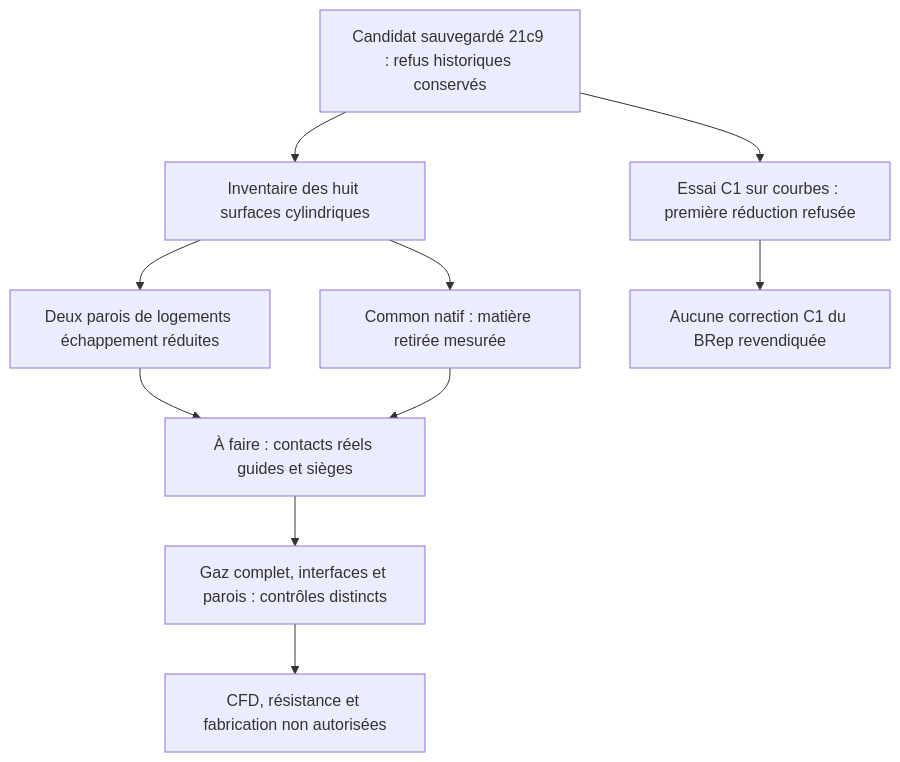
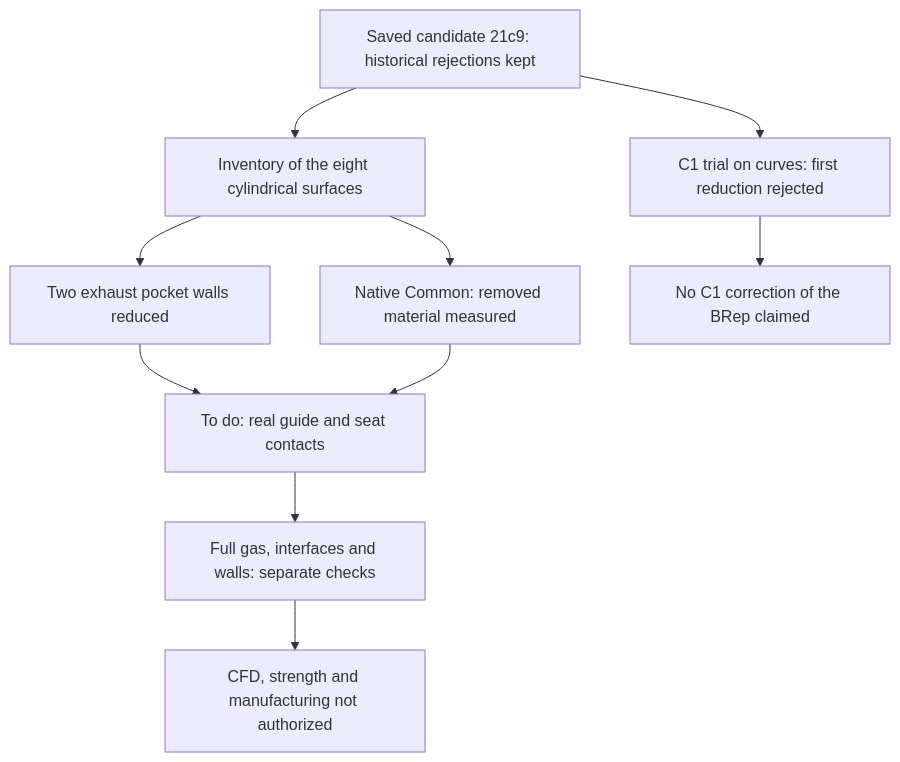
The diagram in docs/reports/M64_EXHAUST_MATERIAL_CONTROLS_20260908.md (cluster2600/porscheparts), drawn with Mermaid before and after one commit. The commit also changed other lines of this file and 228 other files, not shown here.

````diff
--- a/docs/reports/M64_EXHAUST_MATERIAL_CONTROLS_20260908.md
+++ b/docs/reports/M64_EXHAUST_MATERIAL_CONTROLS_20260908.md
@@ -86,12 +87,12 @@
 ```mermaid
 flowchart TD
-    A["Candidat sauvegardé 21c9 : refus historiques conservés"] --> B["Essai C1 sur courbes : première réduction refusée"]
-    A --> C["Inventaire des huit surfaces cylindriques"]
-    C --> D["Deux parois de logements échappement réduites"]
-    C --> E["Common natif : matière retirée mesurée"]
-    D --> F["À faire : contacts réels guides et sièges"]
+    A["Saved candidate 21c9: historical rejections kept"] --> B["C1 trial on curves: first reduction rejected"]
+    A --> C["Inventory of the eight cylindrical surfaces"]
+    C --> D["Two exhaust pocket walls reduced"]
+    C --> E["Native Common: removed material measured"]
+    D --> F["To do: real guide and seat contacts"]
     E --> F
-    F --> G["Gaz complet, interfaces et parois : contrôles distincts"]
-    B --> H["Aucune correction C1 du BRep revendiquée"]
-    G --> I["CFD, résistance et fabrication non autorisées"]
+    F --> G["Full gas, interfaces and walls: separate checks"]
+    B --> H["No C1 correction of the BRep claimed"]
+    G --> I["CFD, strength and manufacturing not authorized"]
 ```
````
